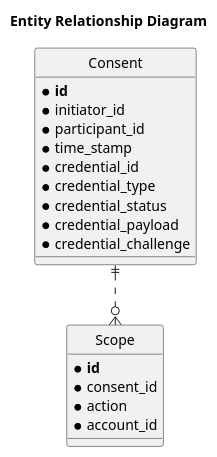
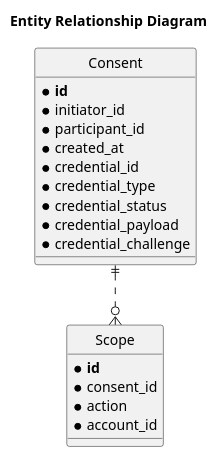
Before and after one commit to mojaloop/auth-service: the diagram in docs/ErDiagram.puml, drawn with PlantUML. The commit also changed 1 other file, not shown here.

Commit message:
Rename time_stamp field to created_at

```diff
--- a/docs/ErDiagram.puml
+++ b/docs/ErDiagram.puml
@@ -1,31 +1,31 @@
 @startuml
 
 title Entity Relationship Diagram 
 ' hide the spot
 hide circle
 
 ' avoid problems with angled crows feet
 skinparam linetype ortho
 
 entity Consent {
   * **id**
   * initiator_id
   * participant_id
-  * time_stamp
+  * created_at 
   * credential_id
   * credential_type
   * credential_status
   * credential_payload
   * credential_challenge
 }
 
 entity Scope {
   * **id**
   * consent_id
   * action 
   * account_id 
 }
 
 
 Consent ||..o{ Scope 
 @enduml
```
